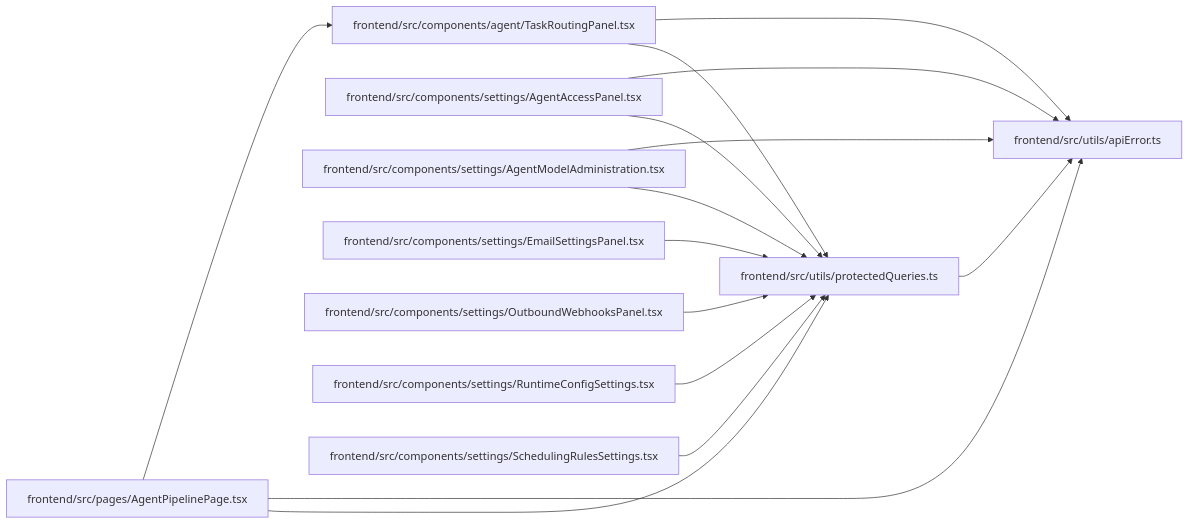
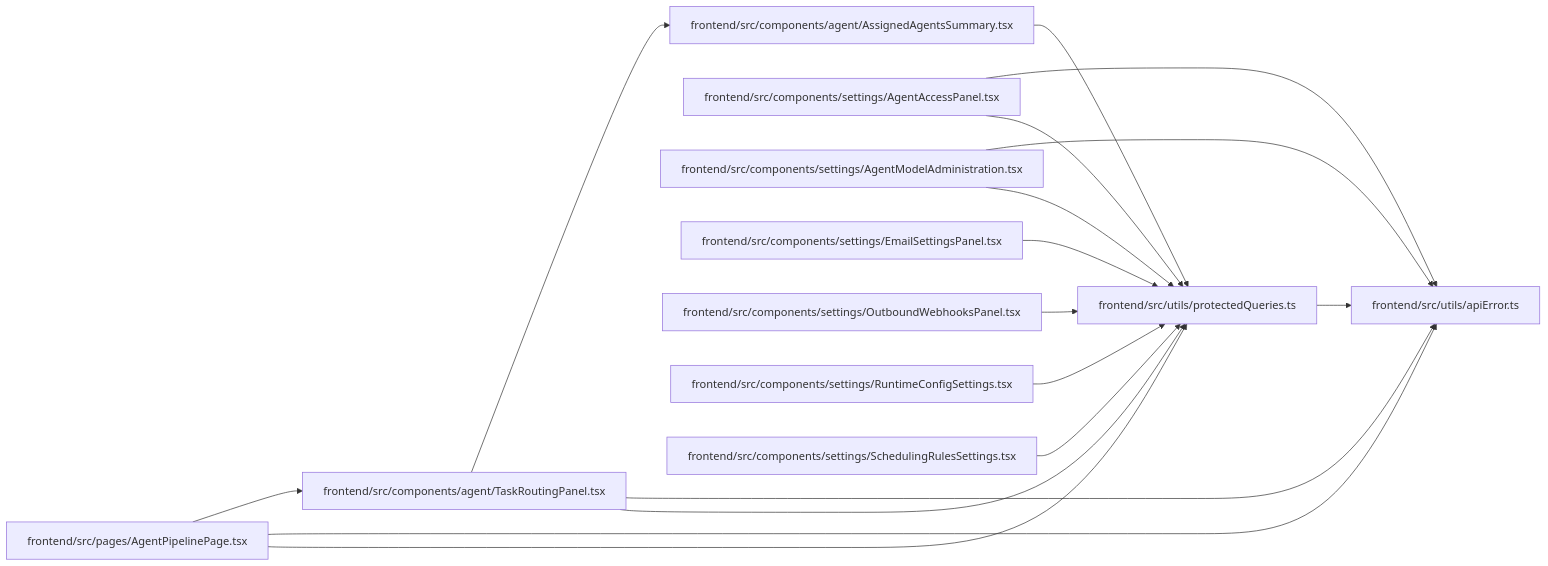
The diagram in docs/llm_wiki/modules/protectedQueries.md (Denissvgn/WorkChord), drawn with Mermaid before and after one commit. The commit also changed other lines of this file and 853 other files, not shown here.

````diff
--- a/docs/llm_wiki/modules/protectedQueries.md
+++ b/docs/llm_wiki/modules/protectedQueries.md
@@ -24,37 +24,41 @@
 ```mermaid
 flowchart LR
-    n0["frontend/src/components/agent/TaskRoutingPanel.tsx"]
-    n1["frontend/src/components/settings/AgentAccessPanel.tsx"]
-    n2["frontend/src/components/settings/AgentModelAdministration.tsx"]
-    n3["frontend/src/components/settings/EmailSettingsPanel.tsx"]
-    n4["frontend/src/components/settings/OutboundWebhooksPanel.tsx"]
-    n5["frontend/src/components/settings/RuntimeConfigSettings.tsx"]
-    n6["frontend/src/components/settings/SchedulingRulesSettings.tsx"]
-    n7["frontend/src/pages/AgentPipelinePage.tsx"]
-    n8["frontend/src/utils/apiError.ts"]
-    n9["frontend/src/utils/protectedQueries.ts"]
-    n0 --> n8
-    n0 --> n9
-    n1 --> n8
+    n0["frontend/src/components/agent/AssignedAgentsSummary.tsx"]
+    n1["frontend/src/components/agent/TaskRoutingPanel.tsx"]
+    n2["frontend/src/components/settings/AgentAccessPanel.tsx"]
+    n3["frontend/src/components/settings/AgentModelAdministration.tsx"]
+    n4["frontend/src/components/settings/EmailSettingsPanel.tsx"]
+    n5["frontend/src/components/settings/OutboundWebhooksPanel.tsx"]
+    n6["frontend/src/components/settings/RuntimeConfigSettings.tsx"]
+    n7["frontend/src/components/settings/SchedulingRulesSettings.tsx"]
+    n8["frontend/src/pages/AgentPipelinePage.tsx"]
+    n9["frontend/src/utils/apiError.ts"]
+    n10["frontend/src/utils/protectedQueries.ts"]
+    n0 --> n10
+    n1 --> n0
     n1 --> n9
-    n2 --> n8
+    n1 --> n10
     n2 --> n9
+    n2 --> n10
     n3 --> n9
-    n4 --> n9
-    n5 --> n9
-    n6 --> n9
-    n7 --> n0
-    n7 --> n8
-    n7 --> n9
-    n9 --> n8
-    click n0 "../modules/TaskRoutingPanel.md"
-    click n1 "../modules/AgentAccessPanel.md"
-    click n2 "../modules/AgentModelAdministration.md"
-    click n3 "../modules/EmailSettingsPanel.md"
-    click n4 "../modules/OutboundWebhooksPanel.md"
-    click n5 "../modules/RuntimeConfigSettings.md"
-    click n6 "../modules/SchedulingRulesSettings.md"
-    click n7 "../modules/AgentPipelinePage.md"
-    click n8 "../modules/apiError.md"
-    click n9 "../modules/protectedQueries.md"
+    n3 --> n10
+    n4 --> n10
+    n5 --> n10
+    n6 --> n10
+    n7 --> n10
+    n8 --> n1
+    n8 --> n9
+    n8 --> n10
+    n10 --> n9
+    click n0 "../modules/AssignedAgentsSummary.md"
+    click n1 "../modules/TaskRoutingPanel.md"
+    click n2 "../modules/AgentAccessPanel.md"
+    click n3 "../modules/AgentModelAdministration.md"
+    click n4 "../modules/EmailSettingsPanel.md"
+    click n5 "../modules/OutboundWebhooksPanel.md"
+    click n6 "../modules/RuntimeConfigSettings.md"
+    click n7 "../modules/SchedulingRulesSettings.md"
+    click n8 "../modules/AgentPipelinePage.md"
+    click n9 "../modules/apiError.md"
+    click n10 "../modules/protectedQueries.md"
 ```
````
